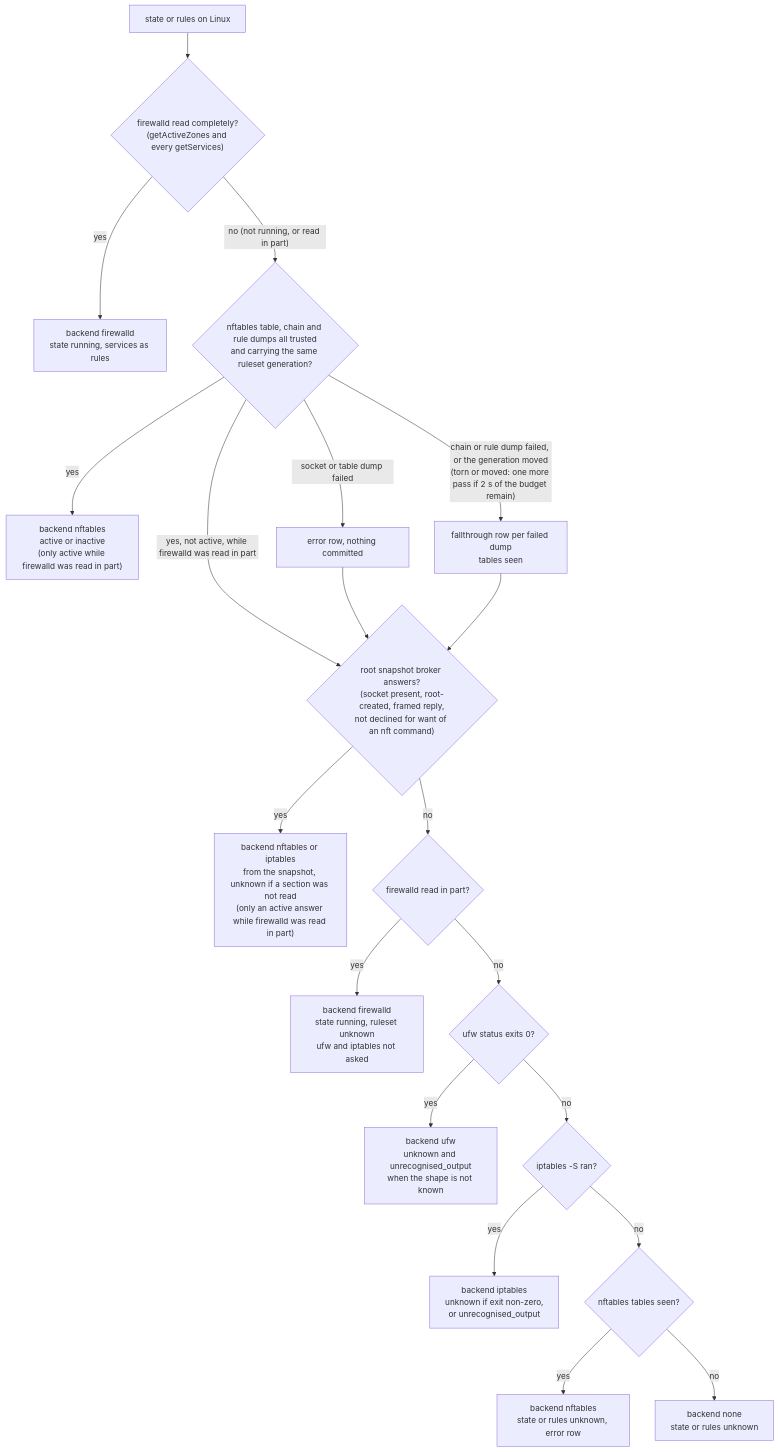
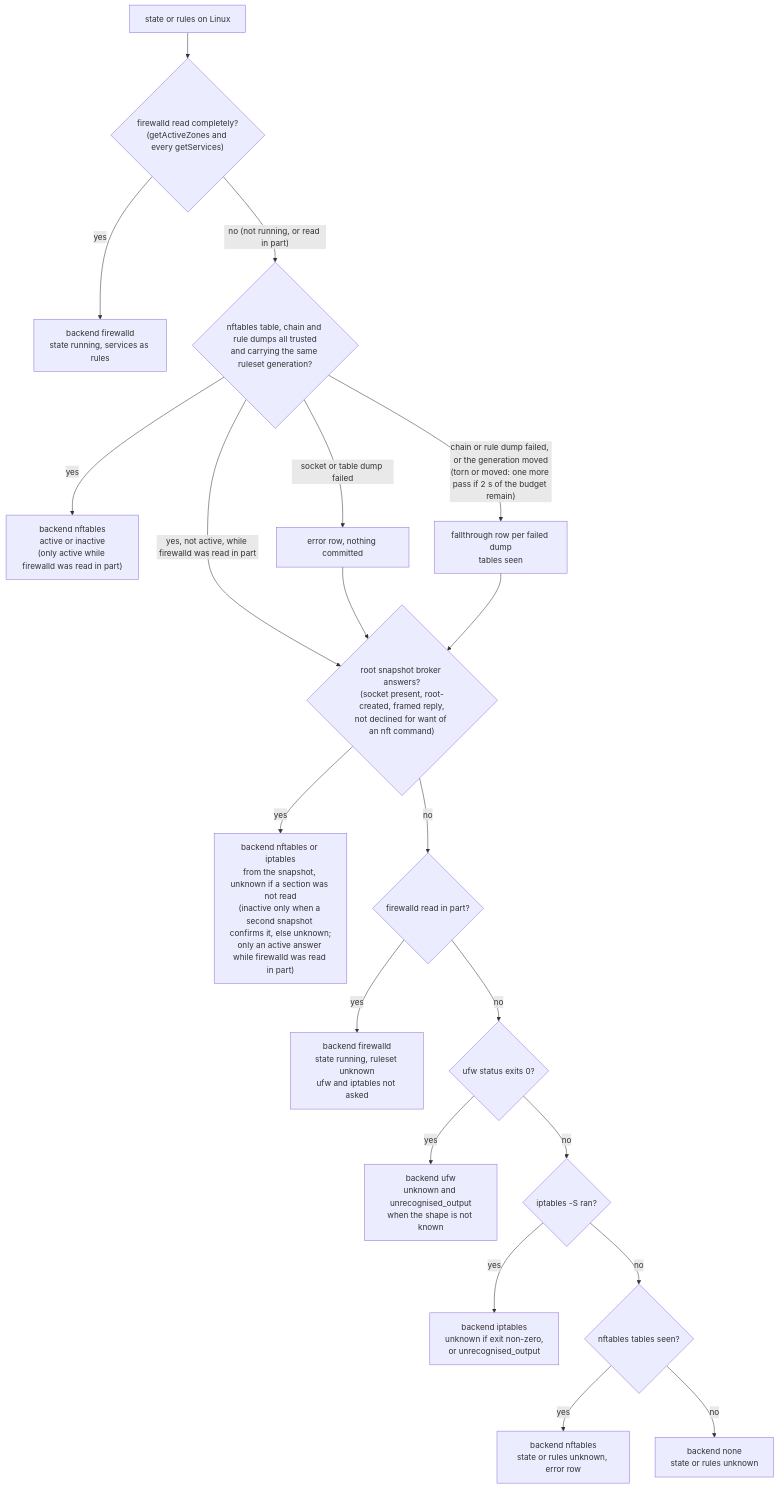
One commit to DevNullLtd/Yuzu changed the third of 4 diagrams in agents/plugins/firewall/README.md. Above: the diagram before and after it, drawn with Mermaid. The commit also changed other lines of this file and 20 other files, not shown here.

````diff
--- a/agents/plugins/firewall/README.md
+++ b/agents/plugins/firewall/README.md
@@ -95,22 +95,22 @@
 ```mermaid
 flowchart TD
   S["state or rules on Linux"] --> F{"firewalld read completely?<br/>(getActiveZones and every getServices)"}
   F -- "yes" --> FD["backend firewalld<br/>state running, services as rules"]
   F -- "no (not running, or read in part)" --> N{"nftables table, chain and rule dumps all trusted<br/>and carrying the same ruleset generation?"}
   N -- "yes" --> ND["backend nftables<br/>active or inactive<br/>(only active while firewalld was read in part)"]
   N -- "yes, not active, while firewalld was read in part" --> B
   N -- "socket or table dump failed" --> E1["error row, nothing committed"]
   N -- "chain or rule dump failed, or the generation moved<br/>(torn or moved: one more pass if 2 s of the budget remain)" --> FT["fallthrough row per failed dump<br/>tables seen"]
   E1 --> B{"root snapshot broker answers?<br/>(socket present, root-created, framed reply,<br/>not declined for want of an nft command)"}
   FT --> B
-  B -- "yes" --> BD["backend nftables or iptables<br/>from the snapshot, unknown if a section was not read<br/>(only an active answer while firewalld was read in part)"]
+  B -- "yes" --> BD["backend nftables or iptables<br/>from the snapshot, unknown if a section was not read<br/>(inactive only when a second snapshot confirms it, else unknown;<br/>only an active answer while firewalld was read in part)"]
   B -- "no" --> H{"firewalld read in part?"}
   H -- "yes" --> FH["backend firewalld<br/>state running, ruleset unknown<br/>ufw and iptables not asked"]
   H -- "no" --> U{"ufw status exits 0?"}
   U -- "yes" --> UD["backend ufw<br/>unknown and unrecognised_output<br/>when the shape is not known"]
   U -- "no" --> I{"iptables -S ran?"}
   I -- "yes" --> ID["backend iptables<br/>unknown if exit non-zero,<br/>or unrecognised_output"]
   I -- "no" --> X{"nftables tables seen?"}
   X -- "yes" --> NU["backend nftables<br/>state or rules unknown, error row"]
   X -- "no" --> NONE["backend none<br/>state or rules unknown"]
 ```
````
